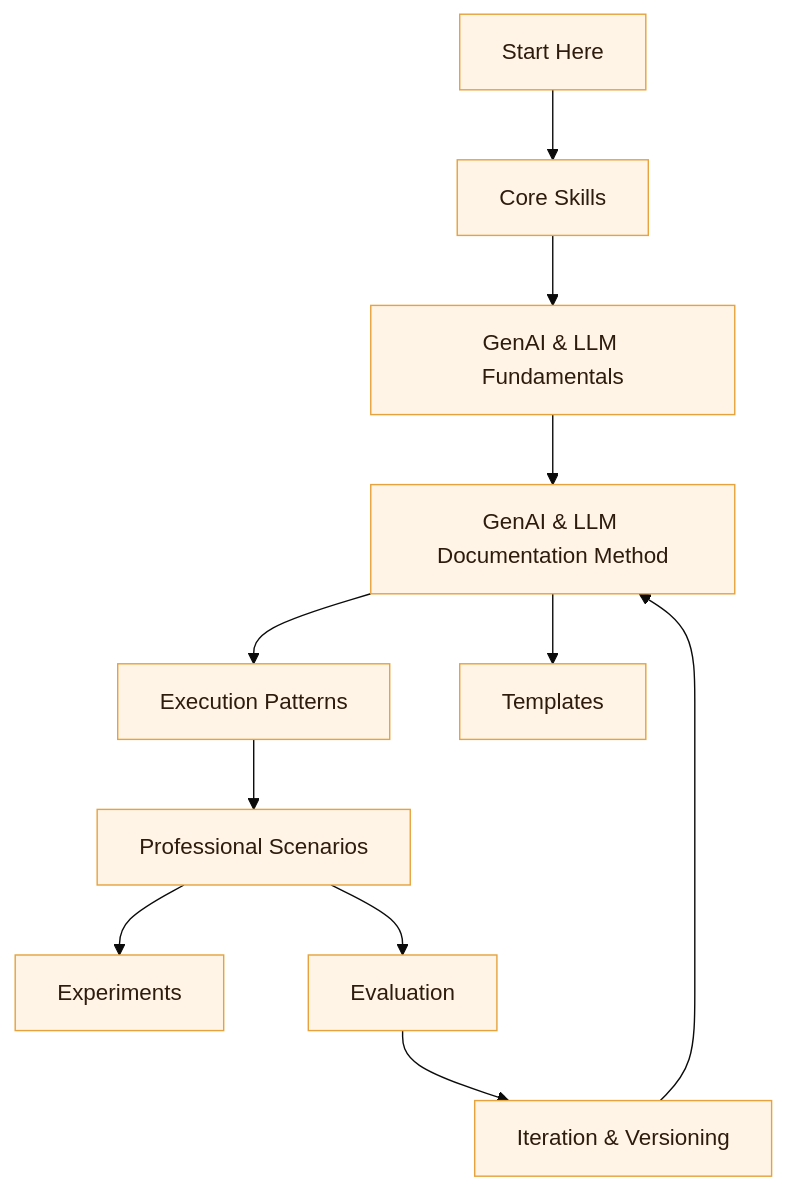
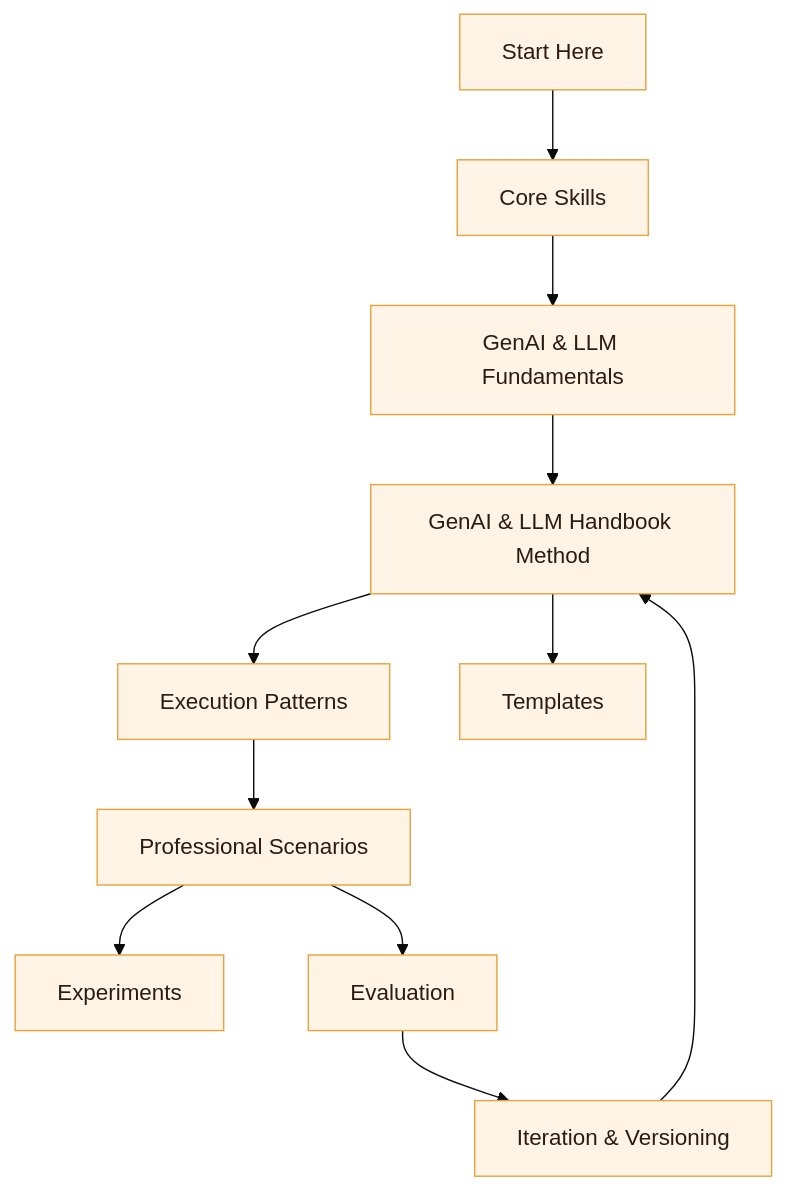
The diagram in assets/diagrams/genai-llm-scenario-map.mmd (pruning-my-pothos/gen-ai-llm-docs), drawn with Mermaid (base theme) before and after one commit. The commit also changed 54 other files, not shown here.

```diff
--- a/assets/diagrams/genai-llm-scenario-map.mmd
+++ b/assets/diagrams/genai-llm-scenario-map.mmd
@@ -1,14 +1,14 @@
 flowchart TB
     A[Start Here] --> B[Core Skills]
     B --> C[GenAI & LLM Fundamentals]
-    C --> D[GenAI & LLM Documentation Method]
+    C --> D[GenAI & LLM Handbook Method]
     D --> E[Execution Patterns]
     E --> F[Professional Scenarios]
     D --> G[Templates]
     F --> H[Experiments]
     F --> I[Evaluation]
     I --> J[Iteration & Versioning]
     J --> D
 
     classDef block fill:#FFF4E5,stroke:#E6A23C,color:#2D1B0E;
     class A,B,C,D,E,F,G,H,I,J block;
```
